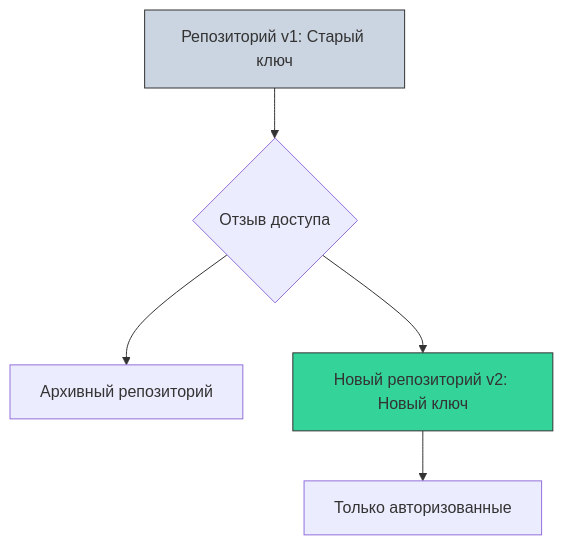
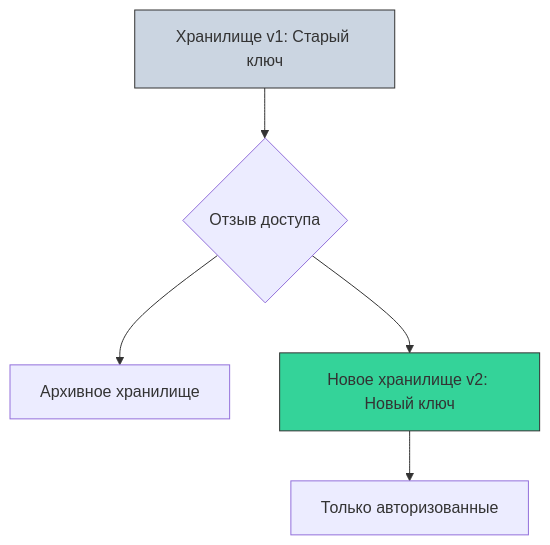
One commit to Data-Independence-Network/presentations changed diagram 19 of 51 in shared_docs/Технический документ платформы Турбаза.md. Above: the diagram before and after it, drawn with Mermaid. The commit also changed other lines of this file and 8 other files, not shown here.

````diff
--- a/shared_docs/Технический документ платформы Турбаза.md
+++ b/shared_docs/Технический документ платформы Турбаза.md
@@ -476,12 +476,12 @@
 ```mermaid
 graph TD
-    Repo_Old[Репозиторий v1: Старый ключ] --> Revocation{Отзыв доступа}
+    Repo_Old[Хранилище v1: Старый ключ] --> Revocation{Отзыв доступа}
     
-    Revocation --> Repo_Archive[Архивный репозиторий]
-    Revocation --> Repo_New[Новый репозиторий v2: Новый ключ]
+    Revocation --> Repo_Archive[Архивное хранилище]
+    Revocation --> Repo_New[Новое хранилище v2: Новый ключ]
     
     Repo_New --> Authorized_Users[Только авторизованные]
     
     style Repo_New fill:#34D399,stroke:#333
     style Repo_Old fill:#cbd5e1,stroke:#333
 ```
````
